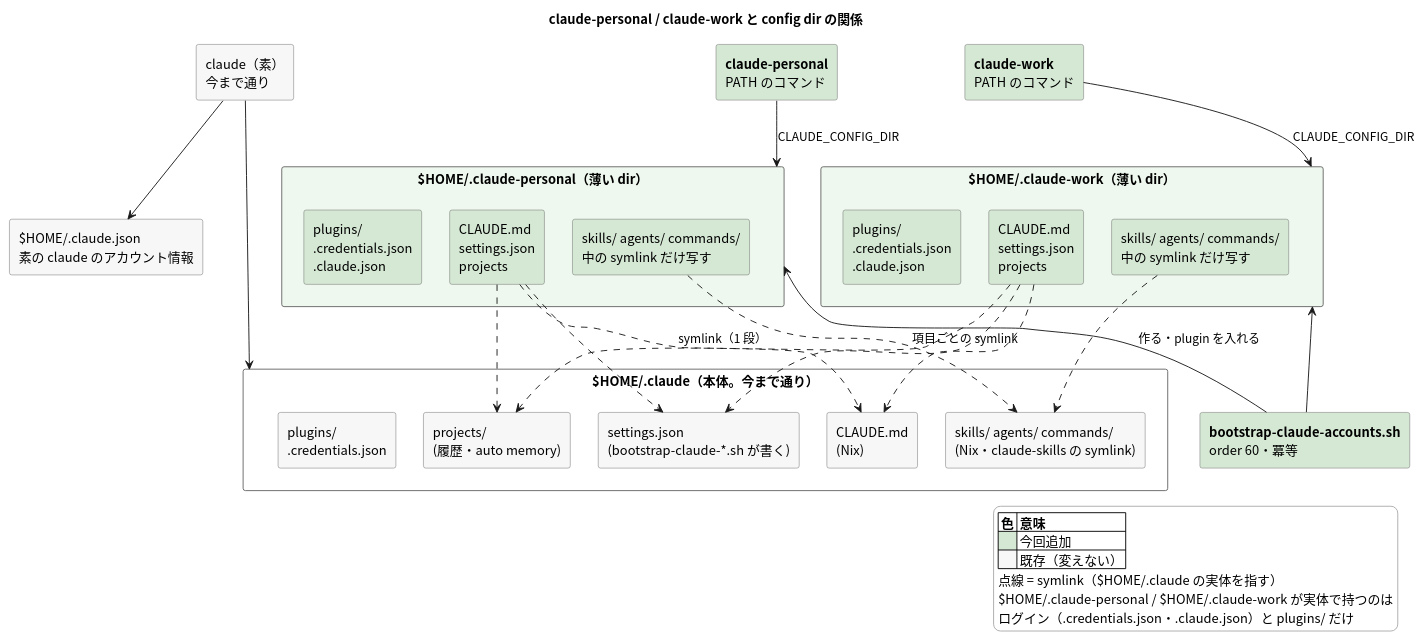
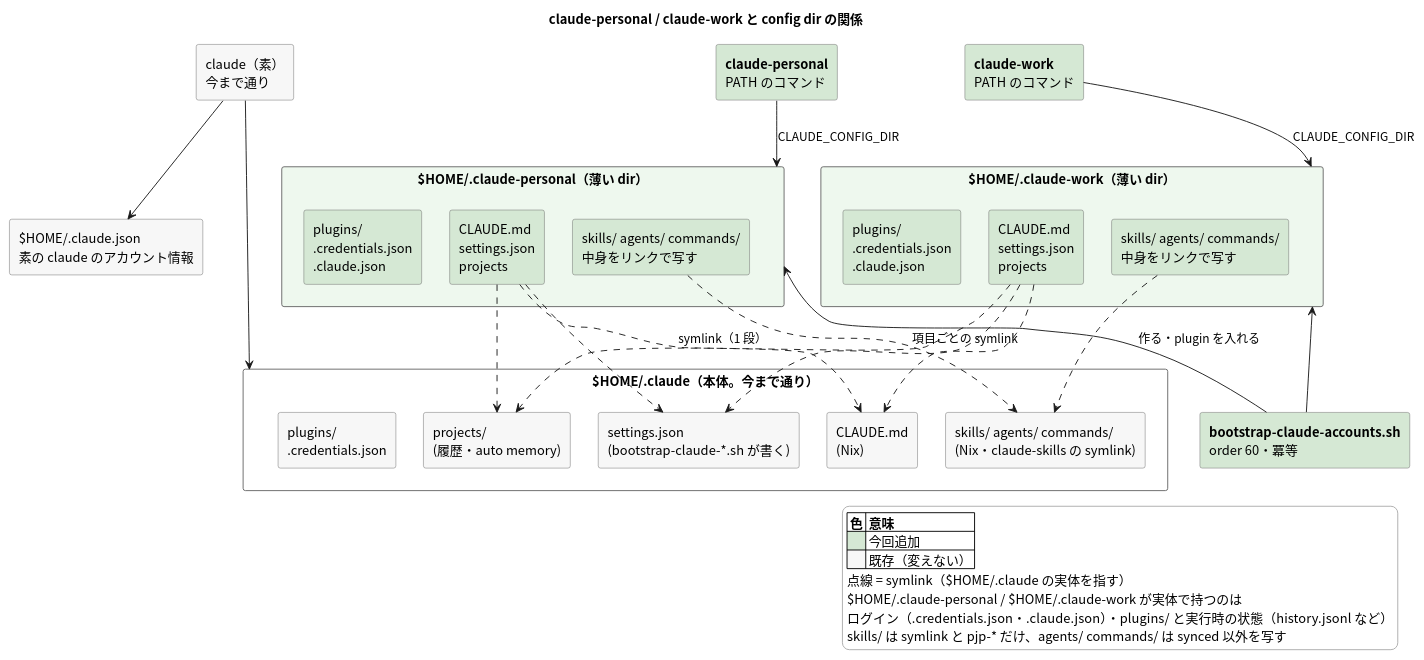
Before and after one commit to pollenjp/dotfiles: the diagram in docs/adr/009_claude_account_config_dirs_20260927T161411JST/plantuml/01_layout.puml, drawn with PlantUML. The commit also changed 3 other files, not shown here.

```diff
--- a/docs/adr/009_claude_account_config_dirs_20260927T161411JST/plantuml/01_layout.puml
+++ b/docs/adr/009_claude_account_config_dirs_20260927T161411JST/plantuml/01_layout.puml
@@ -1,76 +1,77 @@
 @startuml
 ' 変更後の構成: ~/.claude はそのまま、~/.claude-personal / ~/.claude-work はログインだけを持つ薄い dir
 ' NOTE: PlantUML では "~" がエスケープ文字として消費されるため "$HOME/" 表記を使う
 skinparam backgroundColor #FFFFFF
 skinparam defaultFontName "Noto Sans CJK JP"
 skinparam shadowing false
 skinparam nodesep 30
 skinparam ranksep 55
 skinparam rectangle {
   BorderColor #666666
   BackgroundColor #F7F7F7
 }
 skinparam legend {
   BackgroundColor #FFFFFF
   BorderColor #AAAAAA
 }
 
 title claude-personal / claude-work と config dir の関係
 
 rectangle "claude（素）\n今まで通り" as c0
 rectangle "**claude-personal**\nPATH のコマンド" as cp #D5E8D4
 rectangle "**claude-work**\nPATH のコマンド" as cw #D5E8D4
 
 rectangle "$HOME/.claude.json\n素の claude のアカウント情報" as b_json
 
 rectangle "$HOME/.claude（本体。今まで通り）" as base #FFFFFF {
   rectangle "CLAUDE.md\n(Nix)" as b_md
   rectangle "settings.json\n(bootstrap-claude-*.sh が書く)" as b_set
   rectangle "projects/\n(履歴・auto memory)" as b_proj
   rectangle "skills/ agents/ commands/\n(Nix・claude-skills の symlink)" as b_sk
   rectangle "plugins/\n.credentials.json" as b_own
 }
 
 rectangle "$HOME/.claude-personal（薄い dir）" as p #EEF8EE {
   rectangle "CLAUDE.md\nsettings.json\nprojects" as p_ln #D5E8D4
-  rectangle "skills/ agents/ commands/\n中の symlink だけ写す" as p_sk #D5E8D4
+  rectangle "skills/ agents/ commands/\n中身をリンクで写す" as p_sk #D5E8D4
   rectangle "plugins/\n.credentials.json\n.claude.json" as p_own #D5E8D4
 }
 
 rectangle "$HOME/.claude-work（薄い dir）" as w #EEF8EE {
   rectangle "CLAUDE.md\nsettings.json\nprojects" as w_ln #D5E8D4
-  rectangle "skills/ agents/ commands/\n中の symlink だけ写す" as w_sk #D5E8D4
+  rectangle "skills/ agents/ commands/\n中身をリンクで写す" as w_sk #D5E8D4
   rectangle "plugins/\n.credentials.json\n.claude.json" as w_own #D5E8D4
 }
 
 rectangle "**bootstrap-claude-accounts.sh**\norder 60・冪等" as boot #D5E8D4
 
 c0 -[hidden]right-> cp
 cp -[hidden]right-> cw
 
 c0 --> base
 c0 --> b_json
 cp --> p : CLAUDE_CONFIG_DIR
 cw --> w : CLAUDE_CONFIG_DIR
 
 p_ln ..> b_md : symlink（1 段）
 p_ln ..> b_set
 p_ln ..> b_proj
 p_sk ..> b_sk : 項目ごとの symlink
 w_ln ..> b_md
 w_ln ..> b_set
 w_ln ..> b_proj
 w_sk ..> b_sk
 
 boot -up-> p : 作る・plugin を入れる
 boot -up-> w
 
 legend right
   |= 色 |= 意味 |
   |<#D5E8D4>| 今回追加 |
   |<#F7F7F7>| 既存（変えない） |
   点線 = symlink（$HOME/.claude の実体を指す）
   $HOME/.claude-personal / $HOME/.claude-work が実体で持つのは
-  ログイン（.credentials.json・.claude.json）と plugins/ だけ
+  ログイン（.credentials.json・.claude.json）・plugins/ と実行時の状態（history.jsonl など）
+  skills/ は symlink と pjp-* だけ、agents/ commands/ は synced 以外を写す
 endlegend
 @enduml
```
